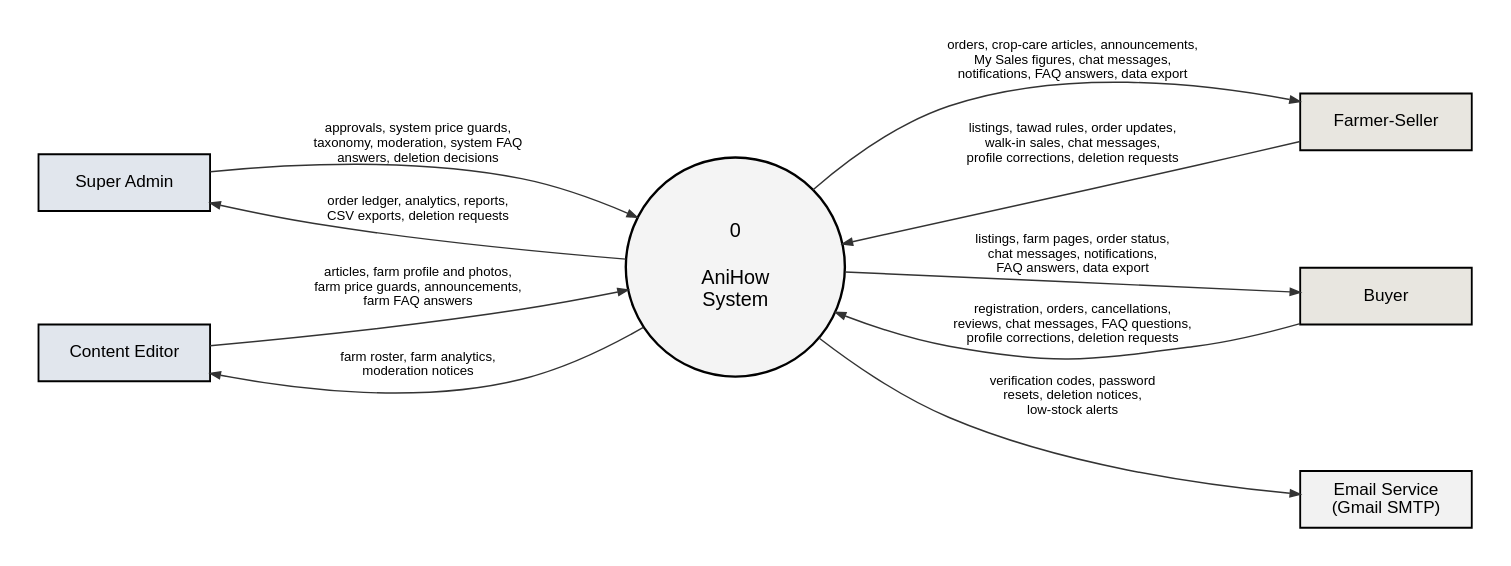
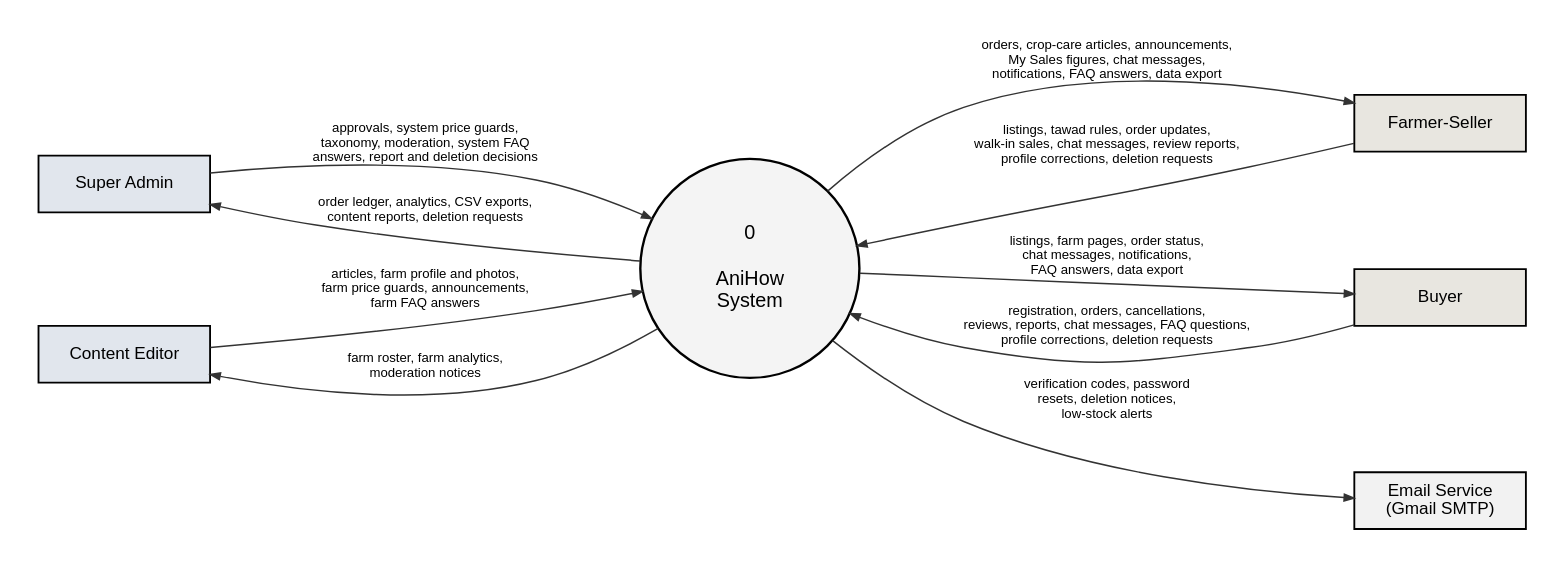
The diagram in docs/manuscript/figures/src/fig6_context_dfd.dot (shawncastaneda11-commits/anihow-backend), drawn with Graphviz before and after one commit. The commit also changed 17 other files, not shown here.

First line of the commit message:
docs: add content reports to the DFDs, use case and context diagrams

```diff
--- a/docs/manuscript/figures/src/fig6_context_dfd.dot
+++ b/docs/manuscript/figures/src/fig6_context_dfd.dot
@@ -1,33 +1,33 @@
 // Figure 6. Context diagram (data flow diagram, level 0) of AniHow (v3.5).
 digraph G {
   graph [rankdir=LR, nodesep=0.7, ranksep=2.2, pad=0.3, fontname="Liberation Sans", newrank=true];
   node  [fontname="Liberation Sans", fontsize=13];
   edge  [penwidth=1.1, arrowsize=0.75, color="#333333", fontname="Liberation Sans", fontsize=10];
 
   node [shape=box, style="filled", penwidth=1.4, width=1.8, height=0.6];
   sa [label="Super Admin",    fillcolor="#E1E6ED"];
   ce [label="Content Editor", fillcolor="#E1E6ED"];
   fs [label="Farmer-Seller",  fillcolor="#E8E6E0"];
   by [label="Buyer",          fillcolor="#E8E6E0"];
   em [label="Email Service\n(Gmail SMTP)", fillcolor="#F2F2F2"];
 
   sys [shape=circle, style="filled", fillcolor="#F4F4F4", penwidth=1.8, width=2.3, fixedsize=true,
        label="0\n\nAniHow\nSystem", fontsize=15];
 
-  sa -> sys [label="approvals, system price guards,\ntaxonomy, moderation, system FAQ\nanswers, deletion decisions"];
-  sys -> sa [label="order ledger, analytics, reports,\nCSV exports, deletion requests"];
+  sa -> sys [label="approvals, system price guards,\ntaxonomy, moderation, system FAQ\nanswers, report and deletion decisions"];
+  sys -> sa [label="order ledger, analytics, CSV exports,\ncontent reports, deletion requests"];
 
   ce -> sys [label="articles, farm profile and photos,\nfarm price guards, announcements,\nfarm FAQ answers"];
   sys -> ce [label="farm roster, farm analytics,\nmoderation notices"];
 
   sys -> fs [label="orders, crop-care articles, announcements,\nMy Sales figures, chat messages,\nnotifications, FAQ answers, data export"];
-  sys -> fs [dir=back, label="listings, tawad rules, order updates,\nwalk-in sales, chat messages,\nprofile corrections, deletion requests"];
+  sys -> fs [dir=back, label="listings, tawad rules, order updates,\nwalk-in sales, chat messages, review reports,\nprofile corrections, deletion requests"];
 
   sys -> by [label="listings, farm pages, order status,\nchat messages, notifications,\nFAQ answers, data export"];
-  sys -> by [dir=back, label="registration, orders, cancellations,\nreviews, chat messages, FAQ questions,\nprofile corrections, deletion requests"];
+  sys -> by [dir=back, label="registration, orders, cancellations,\nreviews, reports, chat messages, FAQ questions,\nprofile corrections, deletion requests"];
 
   sys -> em [label="verification codes, password\nresets, deletion notices,\nlow-stock alerts"];
 
   {rank=same; sa ce}
   {rank=same; fs by em}
 }
```
